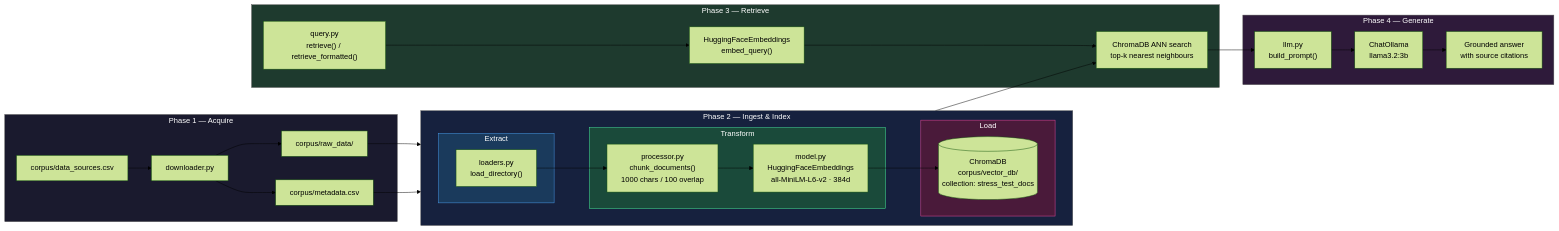
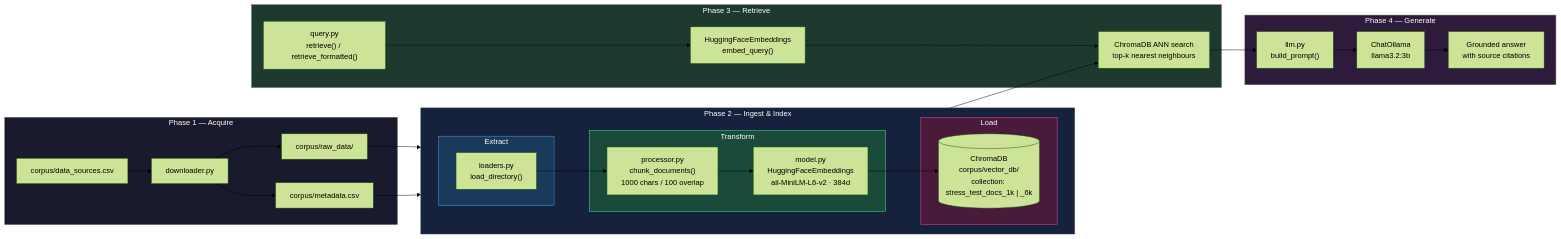
One commit to garthmortensen/rag_v1 changed the first of 4 diagrams in docs/architecture.md. Above: the diagram before and after it, drawn with Mermaid (forest theme). The commit also changed other lines of this file and 7 other files, not shown here.

````diff
--- a/docs/architecture.md
+++ b/docs/architecture.md
@@ -39,60 +39,60 @@
 ```mermaid
 graph LR
     subgraph Phase1["Phase 1 — Acquire"]
         CSV["corpus/data_sources.csv"]
         DL["downloader.py"]
         RAW["corpus/raw_data/"]
         META["corpus/metadata.csv"]
 
         CSV --> DL
         DL --> RAW
         DL --> META
     end
 
     subgraph Phase2["Phase 2 — Ingest & Index"]
         direction LR
         subgraph Extract
             LOAD["loaders.py<br/>load_directory()"]
         end
 
         subgraph Transform
             CHUNK["processor.py<br/>chunk_documents()<br/>1000 chars / 100 overlap"]
             EMBED["model.py<br/>HuggingFaceEmbeddings<br/>all-MiniLM-L6-v2 · 384d"]
         end
 
         subgraph Load
-            CHROMA[("ChromaDB<br/>corpus/vector_db/<br/>collection: stress_test_docs")]
+            CHROMA[("ChromaDB<br/>corpus/vector_db/<br/>collection: stress_test_docs_1k | _6k")]
         end
 
         LOAD --> CHUNK --> EMBED --> CHROMA
     end
 
     subgraph Phase3["Phase 3 — Retrieve"]
         QUERY["query.py<br/>retrieve() / retrieve_formatted()"]
         SEMBED["HuggingFaceEmbeddings<br/>embed_query()"]
         ANN["ChromaDB ANN search<br/>top-k nearest neighbours"]
 
         QUERY --> SEMBED --> ANN
     end
 
     subgraph Phase4["Phase 4 — Generate"]
         PROMPT["llm.py<br/>build_prompt()"]
         LLM["ChatOllama<br/>llama3.2:3b"]
         ANSWER["Grounded answer<br/>with source citations"]
 
         PROMPT --> LLM --> ANSWER
     end
 
     RAW --> LOAD
     META --> EMBED
     CHROMA --> ANN
     ANN --> PROMPT
 
     style Phase1 fill:#1a1a2e,stroke:#555,color:#fff
     style Phase2 fill:#16213e,stroke:#555,color:#fff
     style Phase3 fill:#1e3a2e,stroke:#555,color:#fff
     style Phase4 fill:#2e1a3a,stroke:#555,color:#fff
     style Extract fill:#1a3a5c,stroke:#4a9eed,color:#fff
     style Transform fill:#1a4a3a,stroke:#4aed9e,color:#fff
     style Load fill:#4a1a3a,stroke:#ed4a9e,color:#fff
 ```
````
